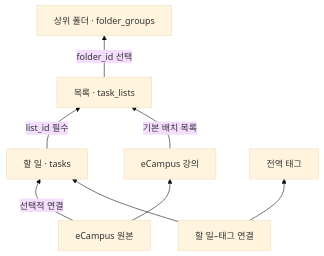
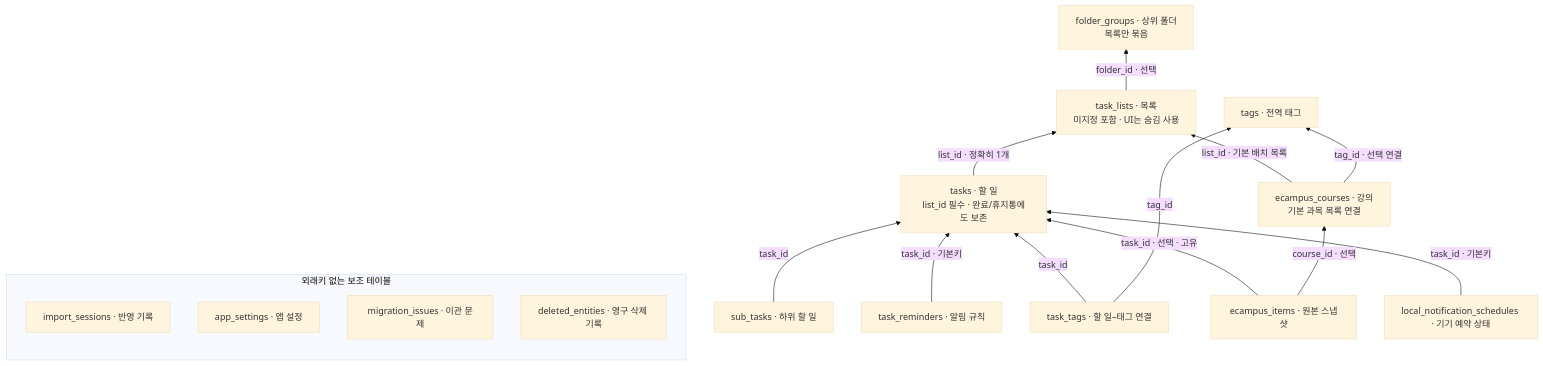
The diagram in docs/diagrams/db-v7.md (GIRIBUIN/KU_GRADUATION_PROJECT), drawn with Mermaid (base theme) before and after one commit. The commit also changed other lines of this file and 32 other files, not shown here.

````diff
--- a/docs/diagrams/db-v7.md
+++ b/docs/diagrams/db-v7.md
@@ -6,10 +6,31 @@
 ```mermaid
+%% Flutter DB v7: arrows point from FK owner to referenced table.
 flowchart BT
-    Tasks["할 일 · tasks"] -->|"list_id 필수"| Lists["목록 · task_lists"]
-    Lists -->|"folder_id 선택"| Groups["상위 폴더 · folder_groups"]
-    Courses["eCampus 강의"] -->|"기본 배치 목록"| Lists
-    Items["eCampus 원본"] -->|"선택적 연결"| Tasks
-    Items --> Courses
-    TaskTags["할 일–태그 연결"] --> Tasks
-    TaskTags --> Tags["전역 태그"]
+    Tasks["tasks · 할 일<br/>list_id 필수 · 완료/휴지통에도 보존"]
+    Lists["task_lists · 목록<br/>미지정 포함 · UI는 숨김 사용"]
+    Groups["folder_groups · 상위 폴더<br/>목록만 묶음"]
+    Subs["sub_tasks · 하위 할 일"]
+    Tags["tags · 전역 태그"]
+    Links["task_tags · 할 일–태그 연결"]
+    Items["ecampus_items · 원본 스냅샷"]
+    Courses["ecampus_courses · 강의<br/>기본 과목 목록 연결"]
+    Reminders["task_reminders · 알림 규칙"]
+    Schedules["local_notification_schedules · 기기 예약 상태"]
+    Tasks -->|"list_id · 정확히 1개"| Lists
+    Lists -->|"folder_id · 선택"| Groups
+    Subs -->|"task_id"| Tasks
+    Links -->|"task_id"| Tasks
+    Links -->|"tag_id"| Tags
+    Items -->|"task_id · 선택 · 고유"| Tasks
+    Items -->|"course_id · 선택"| Courses
+    Courses -->|"list_id · 기본 배치 목록"| Lists
+    Courses -->|"tag_id · 선택 연결"| Tags
+    Reminders -->|"task_id · 기본키"| Tasks
+    Schedules -->|"task_id · 기본키"| Tasks
+    subgraph Independent["외래키 없는 보조 테이블"]
+        Sessions["import_sessions · 반영 기록"]
+        Settings["app_settings · 앱 설정"]
+        Issues["migration_issues · 이관 문제"]
+        Deleted["deleted_entities · 영구 삭제 기록"]
+    end
 ```
````
